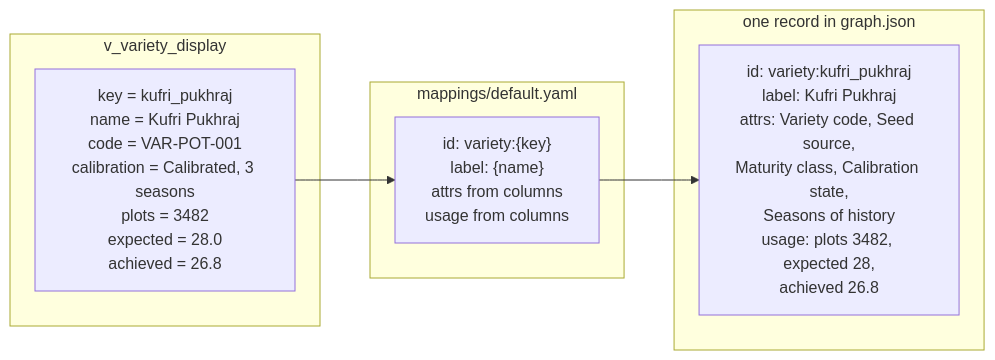
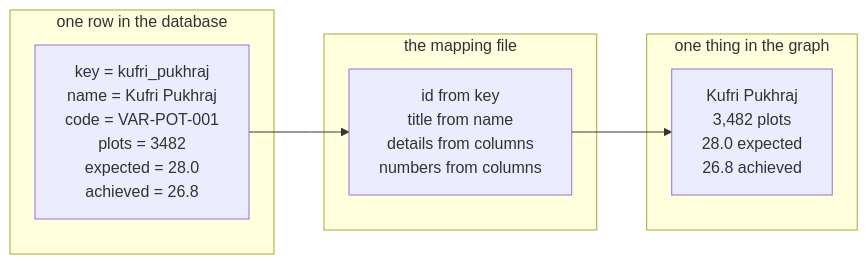
One commit to Prakhar-30/cropin-knowledge-graph changed the fourth of 10 diagrams in docs/HOW-IT-WORKS.md. Above: the diagram before and after it, drawn with Mermaid. The commit also changed other lines of this file and 21 other files, not shown here.

````diff
--- a/docs/HOW-IT-WORKS.md
+++ b/docs/HOW-IT-WORKS.md
@@ -282,13 +306,13 @@
 ```mermaid
 flowchart LR
-  subgraph DB["v_variety_display"]
-    ROW["key = kufri_pukhraj<br/>name = Kufri Pukhraj<br/>code = VAR-POT-001<br/>calibration = Calibrated, 3 seasons<br/>plots = 3482<br/>expected = 28.0<br/>achieved = 26.8"]
+  subgraph DB["one row in the database"]
+    ROW["key = kufri_pukhraj<br/>name = Kufri Pukhraj<br/>code = VAR-POT-001<br/>plots = 3482<br/>expected = 28.0<br/>achieved = 26.8"]
   end
-  subgraph MAP["mappings/default.yaml"]
-    T["id: variety:{key}<br/>label: {name}<br/>attrs from columns<br/>usage from columns"]
+  subgraph MAP["the mapping file"]
+    T["id from key<br/>title from name<br/>details from columns<br/>numbers from columns"]
   end
-  subgraph OUT["one record in graph.json"]
-    REC["id: variety:kufri_pukhraj<br/>label: Kufri Pukhraj<br/>attrs: Variety code, Seed source,<br/>Maturity class, Calibration state,<br/>Seasons of history<br/>usage: plots 3482, expected 28,<br/>achieved 26.8"]
+  subgraph OUT["one thing in the graph"]
+    REC["Kufri Pukhraj<br/>3,482 plots<br/>28.0 expected<br/>26.8 achieved"]
   end
   ROW --> T --> REC
 ```
````
